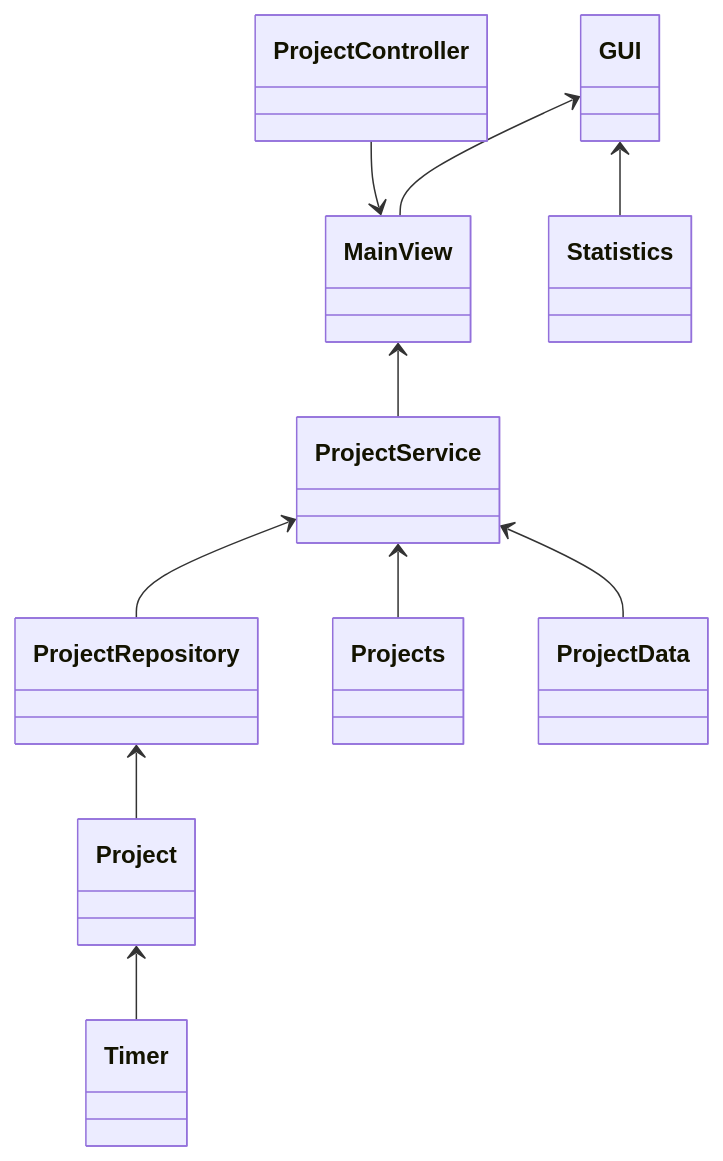
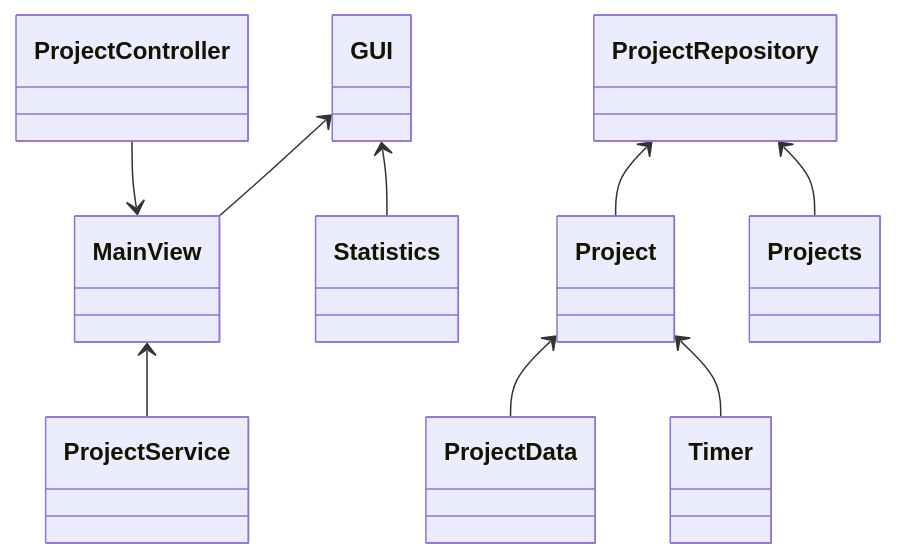
One commit to Capscience/ot-harjoitustyo changed the diagram in dokumentaatio/arkkitehtuuri.md. Above: the diagram before and after it, drawn with Mermaid. The commit also changed other lines of this file, not shown here.

````diff
--- a/dokumentaatio/arkkitehtuuri.md
+++ b/dokumentaatio/arkkitehtuuri.md
@@ -5,32 +13,29 @@
 ```mermaid
 classDiagram
     GUI <-- MainView
     GUI <-- Statistics
     ProjectController --> MainView
     MainView <-- ProjectService
-    ProjectService <-- ProjectRepository
     ProjectRepository <-- Project
-    ProjectService <-- Projects
-    ProjectService <-- ProjectData
+    ProjectRepository <-- Projects
+    Project <-- ProjectData
     Project <-- Timer
     class GUI{
     }
     class MainView{
     }
     class ProjectController{
     }
     class Statistics{
-    }
-    class ProjectService{
     }
     class ProjectRepository{
     }
     class Project{
     }
     class Timer{
     }
     class Projects{
     }
     class ProjectData{
     }
 ```
````
